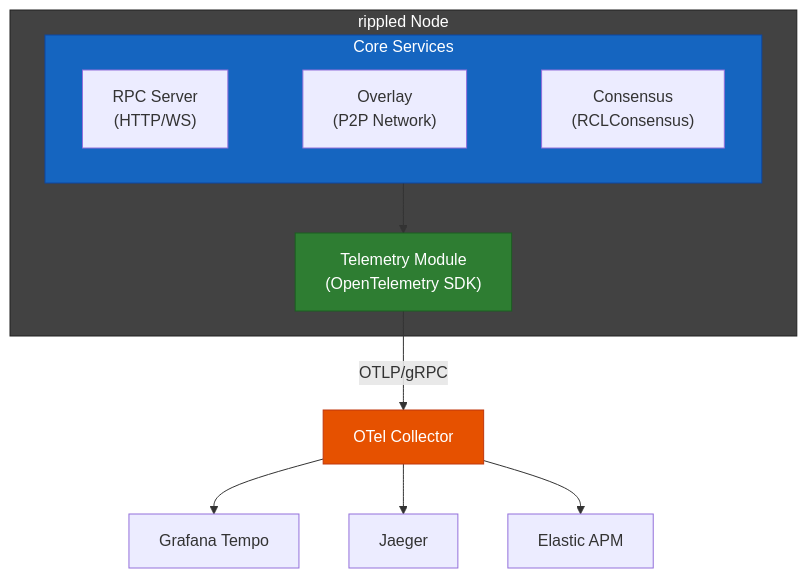
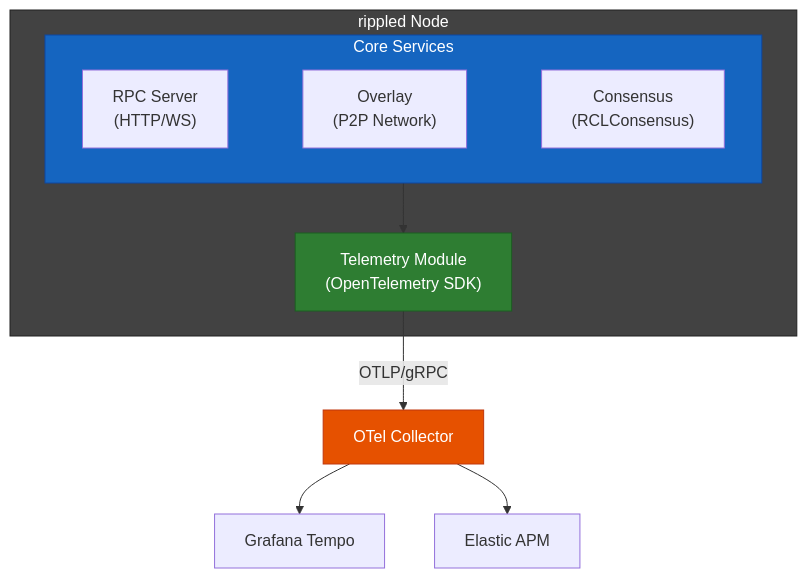
Before and after one commit to XRPLF/rippled: the sixth of 14 diagrams in OpenTelemetryPlan/presentation.md, drawn with Mermaid. The commit also changed other lines of this file and 12 other files, not shown here.

````diff
--- a/OpenTelemetryPlan/presentation.md
+++ b/OpenTelemetryPlan/presentation.md
@@ -79,24 +212,23 @@
 ```mermaid
 flowchart TB
     subgraph rippled["rippled Node"]
         subgraph services["Core Services"]
             direction LR
             RPC["RPC Server<br/>(HTTP/WS)"] ~~~ Overlay["Overlay<br/>(P2P Network)"] ~~~ Consensus["Consensus<br/>(RCLConsensus)"]
         end
 
         Telemetry["Telemetry Module<br/>(OpenTelemetry SDK)"]
 
         services --> Telemetry
     end
 
     Telemetry -->|OTLP/gRPC| Collector["OTel Collector"]
 
     Collector --> Tempo["Grafana Tempo"]
-    Collector --> Jaeger["Jaeger"]
     Collector --> Elastic["Elastic APM"]
 
     style rippled fill:#424242,stroke:#212121,color:#fff
     style services fill:#1565c0,stroke:#0d47a1,color:#fff
     style Telemetry fill:#2e7d32,stroke:#1b5e20,color:#fff
     style Collector fill:#e65100,stroke:#bf360c,color:#fff
 ```
````
